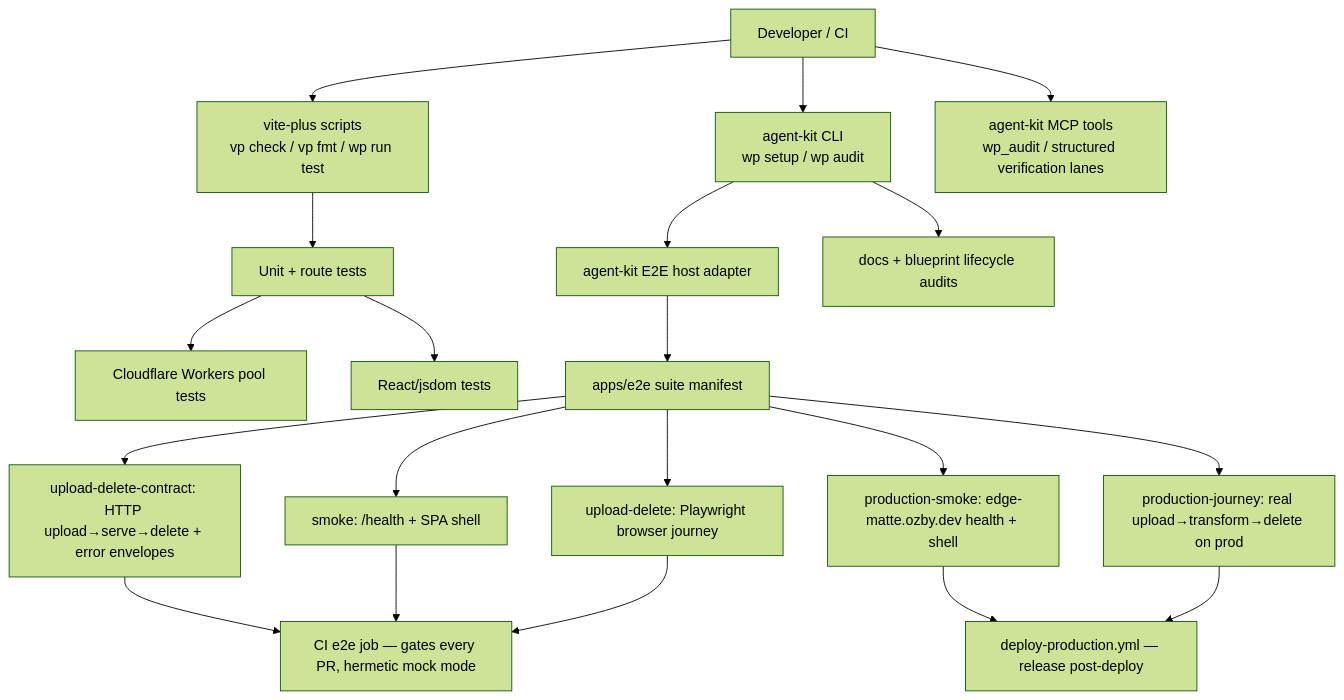
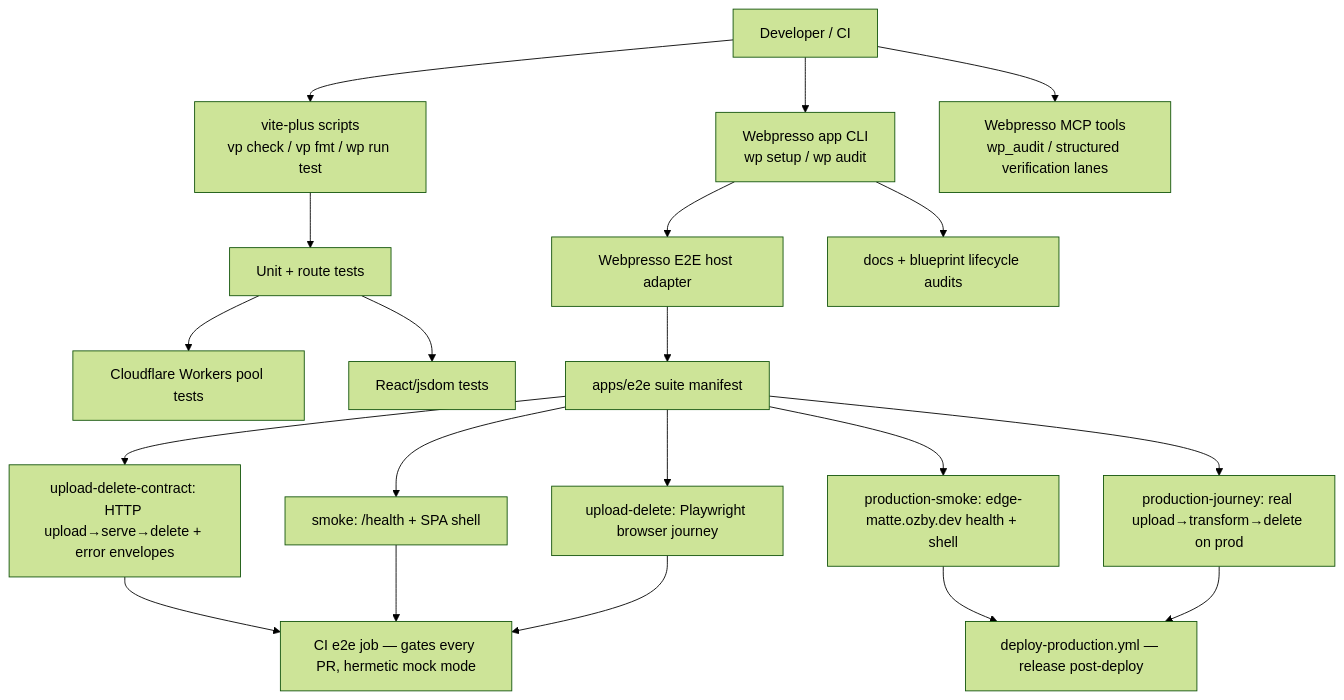
The eighth of 10 diagrams in docs/architecture.md (ozby/edge-matte), drawn with Mermaid (forest theme) before and after one commit. The commit also changed other lines of this file and 12 other files, not shown here.

Commit message:
chore: replace agent-kit with the Webpresso app across docs, e2e and tests (#73)

````diff
--- a/docs/architecture.md
+++ b/docs/architecture.md
@@ -267,26 +267,26 @@
 ```mermaid
 flowchart TD
     DEV[Developer / CI] --> VP[vite-plus scripts<br/>vp check / vp fmt / wp run test]
-    DEV --> WP[agent-kit CLI<br/>wp setup / wp audit]
-    DEV --> MCP[agent-kit MCP tools<br/>wp_audit / structured verification lanes]
+    DEV --> WP[Webpresso app CLI<br/>wp setup / wp audit]
+    DEV --> MCP[Webpresso MCP tools<br/>wp_audit / structured verification lanes]
 
     VP --> UNIT[Unit + route tests]
     UNIT --> WORKERS[Cloudflare Workers pool tests]
     UNIT --> REACT[React/jsdom tests]
 
-    WP --> E2E[agent-kit E2E host adapter]
+    WP --> E2E[Webpresso E2E host adapter]
     E2E --> MANIFEST[apps/e2e suite manifest]
     MANIFEST --> CONTRACT[upload-delete-contract: HTTP upload→serve→delete + error envelopes]
     MANIFEST --> SMOKE[smoke: /health + SPA shell]
     MANIFEST --> UPLOAD[upload-delete: Playwright browser journey]
     MANIFEST --> PROD[production-smoke: edge-matte.ozby.dev health + shell]
     MANIFEST --> PRODJOURNEY[production-journey: real upload→transform→delete on prod]
 
     CONTRACT --> PRGATE[CI e2e job — gates every PR, hermetic mock mode]
     SMOKE --> PRGATE
     UPLOAD --> PRGATE
     PROD --> POSTDEPLOY[deploy-production.yml — release post-deploy]
     PRODJOURNEY --> POSTDEPLOY
 
     WP --> DOCS[docs + blueprint lifecycle audits]
 ```
````
